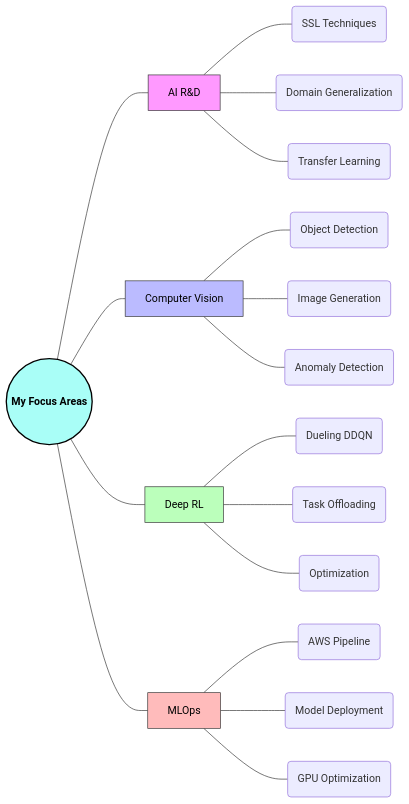
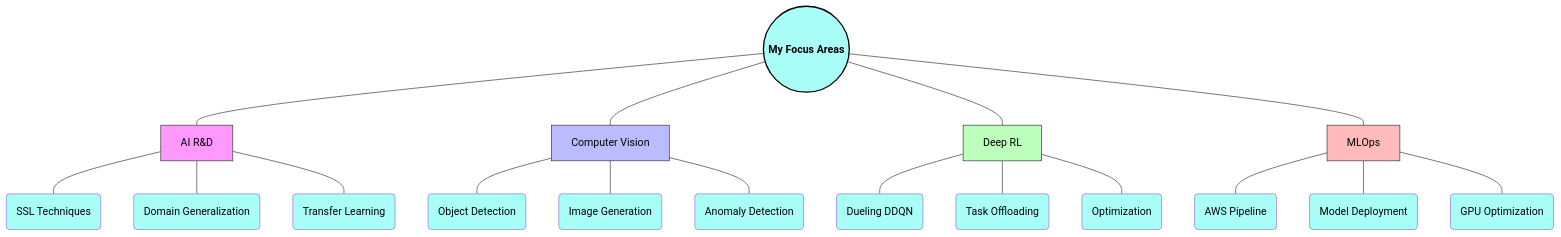
One commit to DinukaMadhushan1234/DinukaMadhushan1234 changed the diagram in README.md. Above: the diagram before and after it, drawn with Mermaid.

Commit message:
Change graph direction and enhance node styling
Updated graph structure and styling in README.

````diff
--- a/README.md
+++ b/README.md
@@ -123,39 +123,54 @@
 ```mermaid
-graph LR
+graph TD
   %% Node Definitions
   Root((<b>My Focus Areas</b>))
   AI[AI R&D]
   CV[Computer Vision]
   DRL[Deep RL]
   MLOps[MLOps]
 
-  %% Connections
+  %% Main Connections (Root to categories)
   Root --- AI
   Root --- CV
   Root --- DRL
   Root --- MLOps
 
-  %% Sub-nodes
+  %% Sub-nodes (Categories to specifics)
   AI --- SSL(SSL Techniques)
   AI --- DG(Domain Generalization)
   AI --- TL(Transfer Learning)
 
   CV --- OD(Object Detection)
   CV --- IG(Image Generation)
   CV --- AD(Anomaly Detection)
 
   DRL --- DDQN(Dueling DDQN)
   DRL --- TOA(Task Offloading)
   DRL --- OPT(Optimization)
 
   MLOps --- AWS(AWS Pipeline)
   MLOps --- DEP(Model Deployment)
   MLOps --- GPU(GPU Optimization)
 
   %% Styling
+  %% Ensure text color is black for readability on light/dark modes
   style Root fill:#A9FEF7,stroke:#000,stroke-width:2px,color:#000
   style AI fill:#f9f,stroke:#333,stroke-width:1px,color:#000
   style CV fill:#bbf,stroke:#333,stroke-width:1px,color:#000
   style DRL fill:#bfb,stroke:#333,stroke-width:1px,color:#000
   style MLOps fill:#fbb,stroke:#333,stroke-width:1px,color:#000
+  
+  %% Styling sub-nodes for better contrast
+  style SSL fill:#A9FEF7,color:#000
+  style DG fill:#A9FEF7,color:#000
+  style TL fill:#A9FEF7,color:#000
+  style OD fill:#A9FEF7,color:#000
+  style IG fill:#A9FEF7,color:#000
+  style AD fill:#A9FEF7,color:#000
+  style DDQN fill:#A9FEF7,color:#000
+  style TOA fill:#A9FEF7,color:#000
+  style OPT fill:#A9FEF7,color:#000
+  style AWS fill:#A9FEF7,color:#000
+  style DEP fill:#A9FEF7,color:#000
+  style GPU fill:#A9FEF7,color:#000
 ```
````
